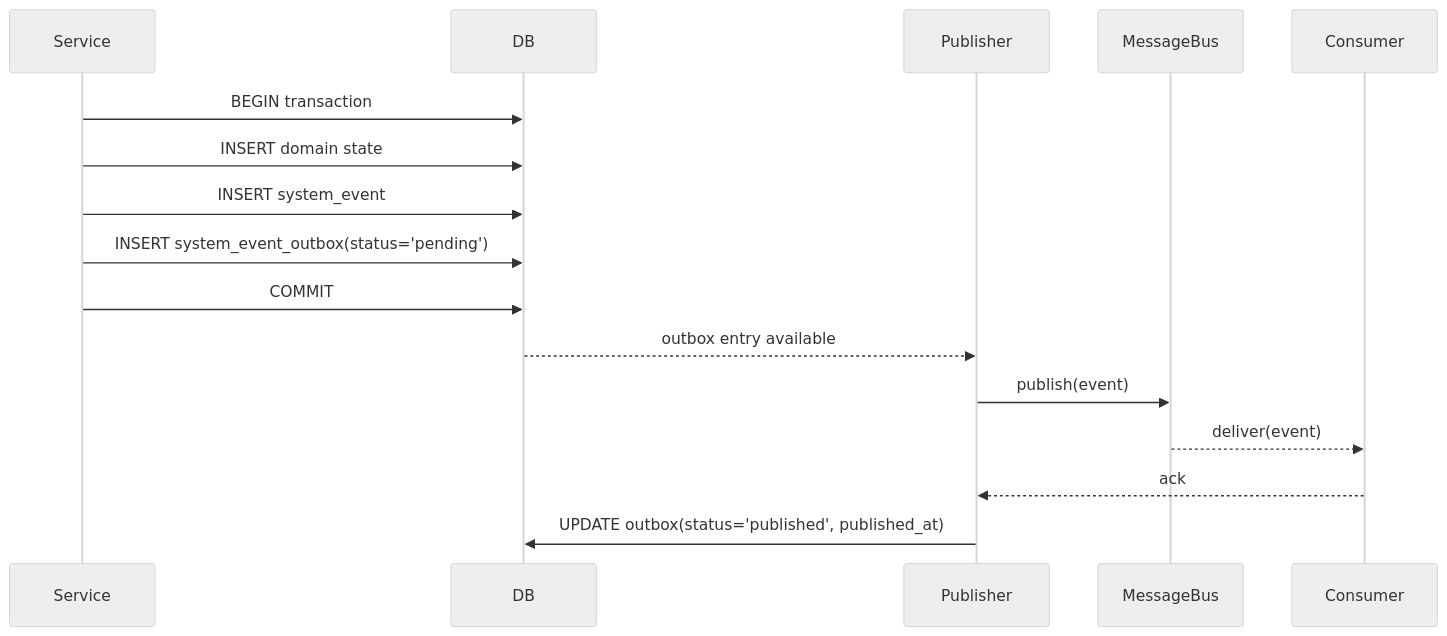
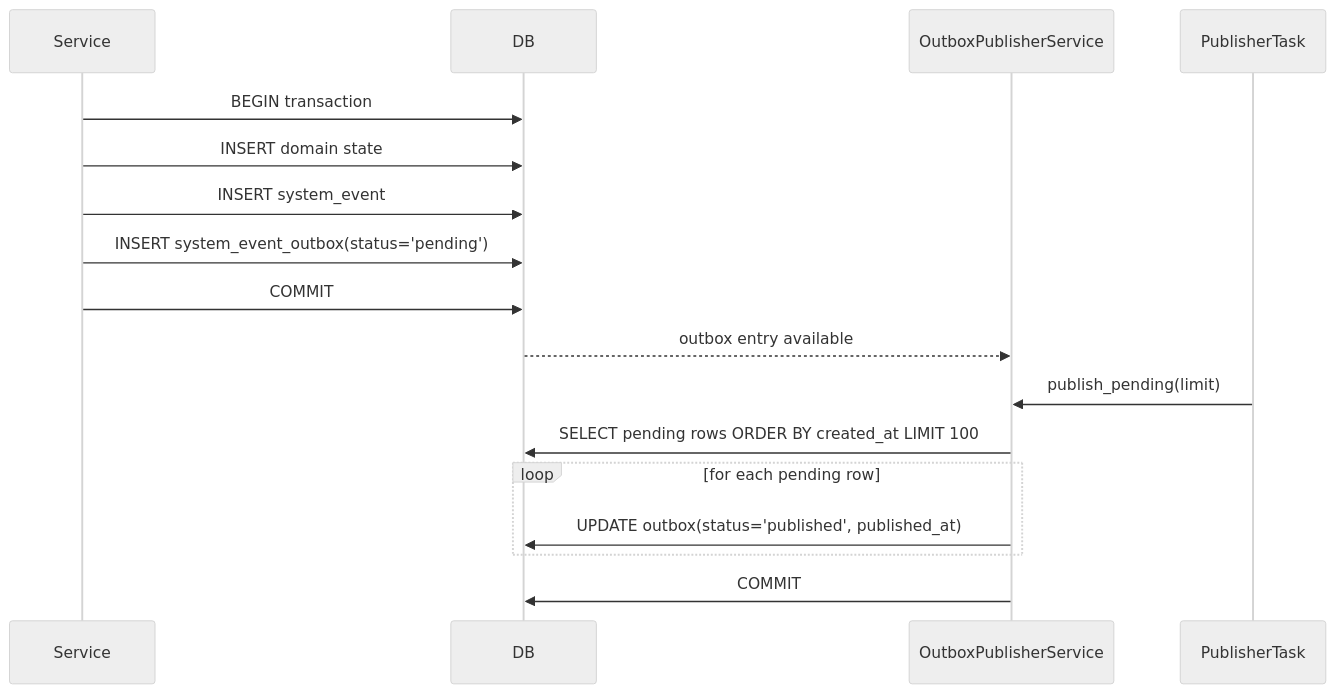
The diagram in docs/architecture/04-platform/system-event.md (dromeas-developer/pheidipp-backend), drawn with Mermaid (neutral theme) before and after one commit. The commit also changed other lines of this file and 185 other files, not shown here.

````diff
--- a/docs/architecture/04-platform/system-event.md
+++ b/docs/architecture/04-platform/system-event.md
@@ -128,19 +131,20 @@
 ```mermaid
 sequenceDiagram
     participant Service
     participant DB
-    participant Publisher
-    participant MessageBus
-    participant Consumer
+    participant OutboxPublisherService
+    participant PublisherTask
 
     Service->>DB: BEGIN transaction
     Service->>DB: INSERT domain state
     Service->>DB: INSERT system_event
     Service->>DB: INSERT system_event_outbox(status='pending')
     Service->>DB: COMMIT
-    DB-->>Publisher: outbox entry available
-    Publisher->>MessageBus: publish(event)
-    MessageBus-->>Consumer: deliver(event)
-    Consumer-->>Publisher: ack
-    Publisher->>DB: UPDATE outbox(status='published', published_at)
+    DB-->>OutboxPublisherService: outbox entry available
+    PublisherTask->>OutboxPublisherService: publish_pending(limit)
+    OutboxPublisherService->>DB: SELECT pending rows ORDER BY created_at LIMIT 100
+    loop for each pending row
+        OutboxPublisherService->>DB: UPDATE outbox(status='published', published_at)
+    end
+    OutboxPublisherService->>DB: COMMIT
 ```
````
